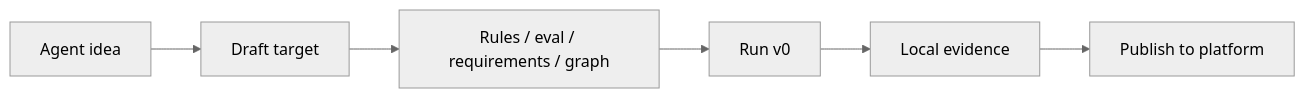
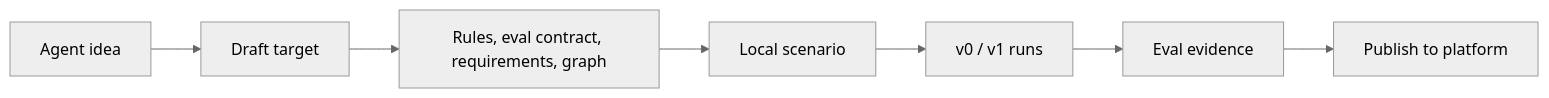
The second of 2 diagrams in README.md (bfalkowski/edd-agent-lab), drawn with Mermaid (neutral theme) before and after one commit. The commit also changed other lines of this file and 18 other files, not shown here.

````diff
--- a/README.md
+++ b/README.md
@@ -63,11 +45,12 @@
 ```mermaid
 flowchart LR
     Idea["Agent idea"]
     Target["Draft target"]
-    Design["Rules / eval / requirements / graph"]
-    V0["Run v0"]
-    Evidence["Local evidence"]
+    Design["Rules, eval contract, requirements, graph"]
+    Scenario["Local scenario"]
+    Runs["v0 / v1 runs"]
+    Eval["Eval evidence"]
     Publish["Publish to platform"]
 
-    Idea --> Target --> Design --> V0 --> Evidence --> Publish
+    Idea --> Target --> Design --> Scenario --> Runs --> Eval --> Publish
 ```
````
